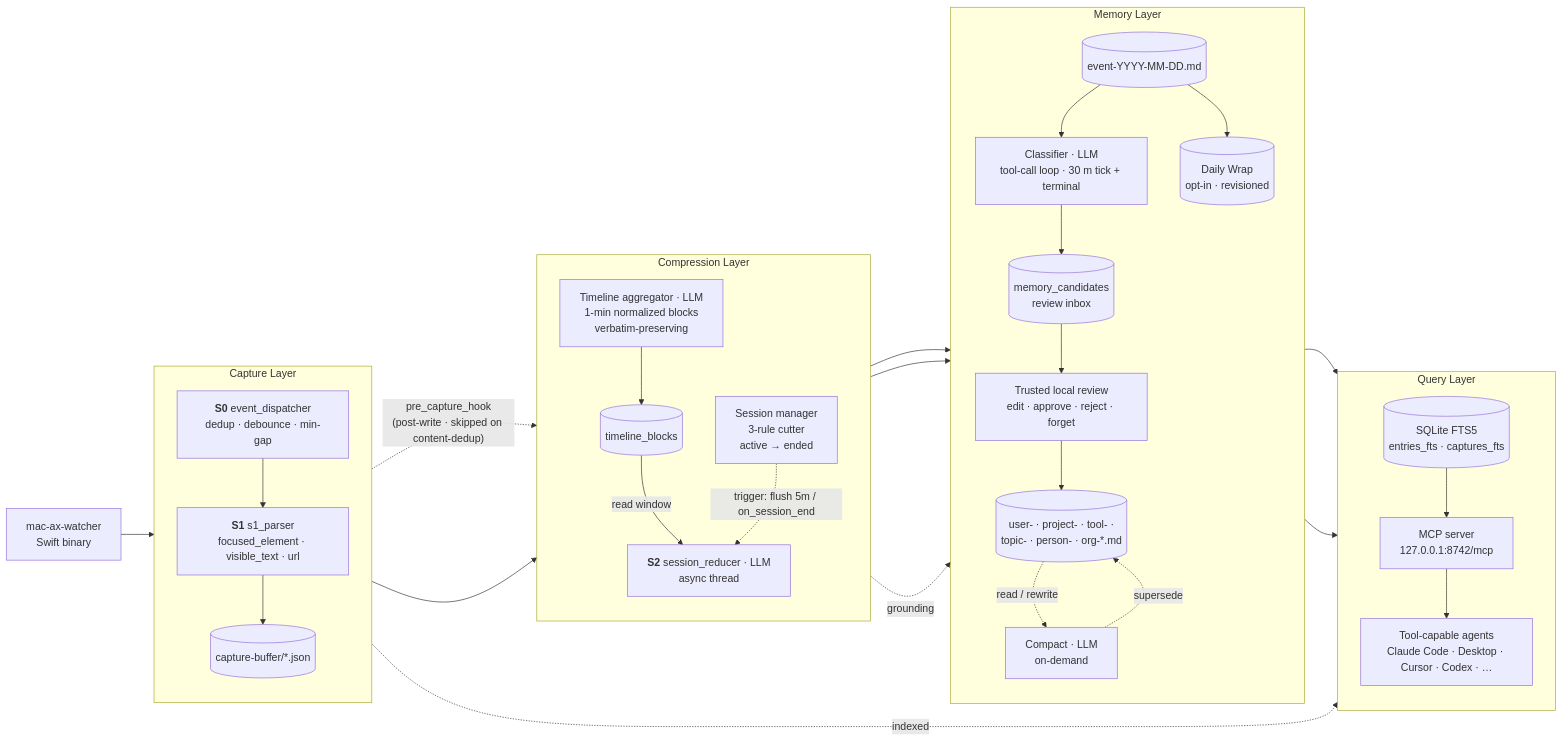
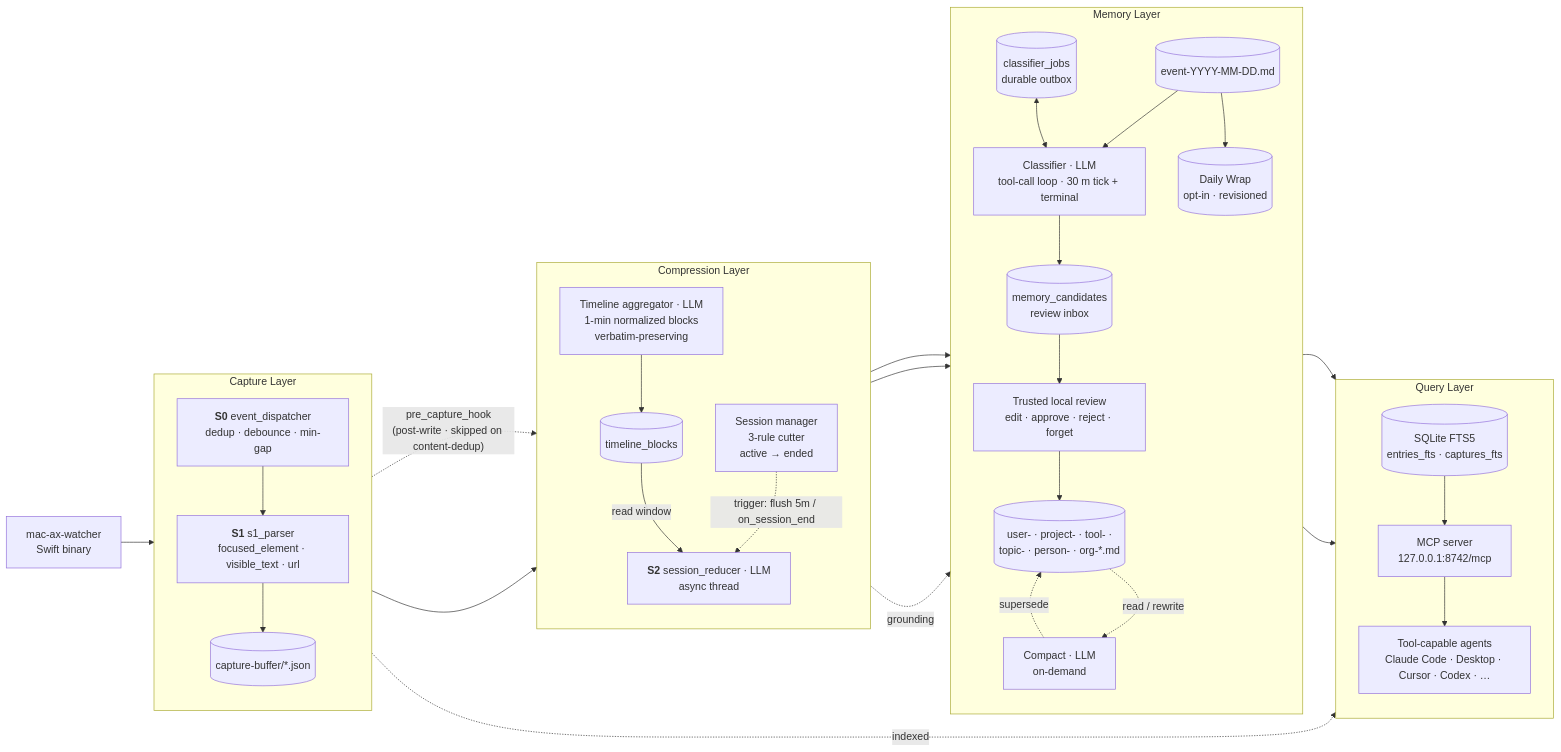
Before and after one commit to chimeraHHH/OpenChronicle: the first of 3 diagrams in docs/architecture.md, drawn with Mermaid. The commit also changed other lines of this file and 19 other files, not shown here.

Commit message:
add durable classifier delivery

````diff
--- a/docs/architecture.md
+++ b/docs/architecture.md
@@ -5,56 +5,58 @@
 ```mermaid
 flowchart LR
     W[mac-ax-watcher<br/>Swift binary]
 
     subgraph capture [Capture Layer]
         direction TB
         S0["<b>S0</b> event_dispatcher<br/>dedup · debounce · min-gap"]
         S1["<b>S1</b> s1_parser<br/>focused_element · visible_text · url"]
         BUF[(capture-buffer/*.json)]
         S0 --> S1 --> BUF
     end
 
     subgraph compress [Compression Layer]
         direction TB
         TL["Timeline aggregator · LLM<br/>1-min normalized blocks<br/>verbatim-preserving"]
         BLOCKS[(timeline_blocks)]
         SM["Session manager<br/>3-rule cutter<br/>active → ended"]
         S2["<b>S2</b> session_reducer · LLM<br/>async thread"]
         TL --> BLOCKS
         BLOCKS -- read window --> S2
         SM -. trigger: flush 5m / on_session_end .-> S2
     end
 
     subgraph memory [Memory Layer]
         direction TB
         ED[(event-YYYY-MM-DD.md)]
+        JOBS[(classifier_jobs<br/>durable outbox)]
         CLF["Classifier · LLM<br/>tool-call loop · 30 m tick + terminal"]
         CAND[(memory_candidates<br/>review inbox)]
         REVIEW["Trusted local review<br/>edit · approve · reject · forget"]
         MF[(user- · project- · tool- ·<br/>topic- · person- · org-*.md)]
         WRAP[(Daily Wrap<br/>opt-in · revisioned)]
         CMP["Compact · LLM<br/>on-demand"]
         ED --> CLF --> CAND --> REVIEW --> MF
+        JOBS <--> CLF
         ED --> WRAP
         BLOCKS --> WRAP
         MF -. read / rewrite .-> CMP
         CMP -. supersede .-> MF
     end
 
     subgraph query [Query Layer]
         direction TB
         FTS[(SQLite FTS5<br/>entries_fts · captures_fts)]
         MCP["MCP server<br/>127.0.0.1:8742/mcp"]
         AG[Tool-capable agents<br/>Claude Code · Desktop · Cursor · Codex · …]
         FTS --> MCP --> AG
     end
 
     W --> S0
     BUF -. pre_capture_hook<br/>(post-write · skipped on content-dedup) .-> SM
     BUF --> TL
     S2 --> ED
     BLOCKS -. grounding .-> CLF
     MF --> FTS
     ED --> FTS
     BUF -. indexed .-> FTS
 ```
````
